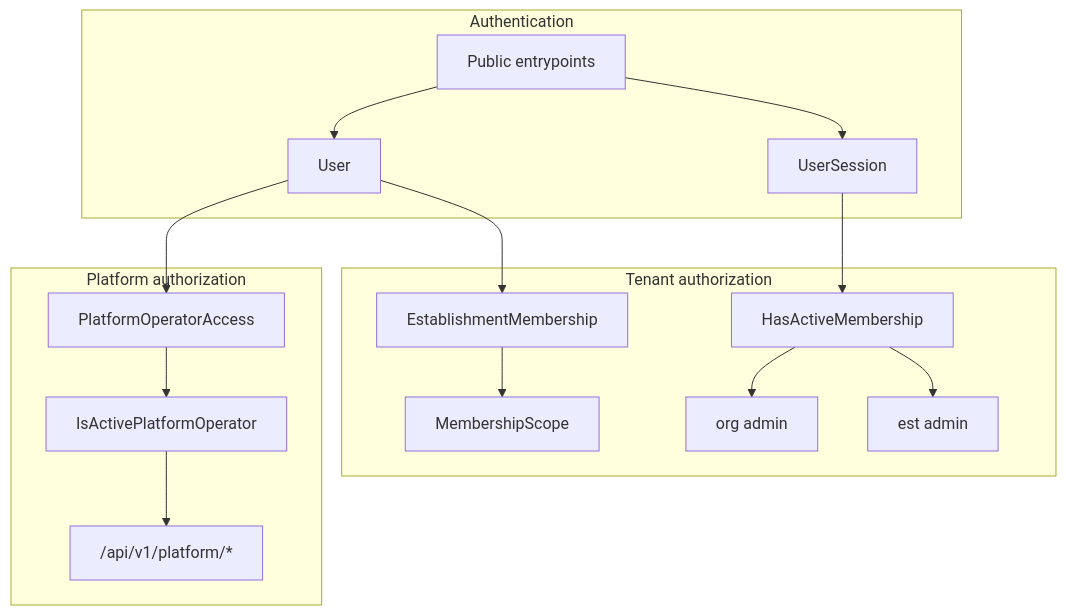
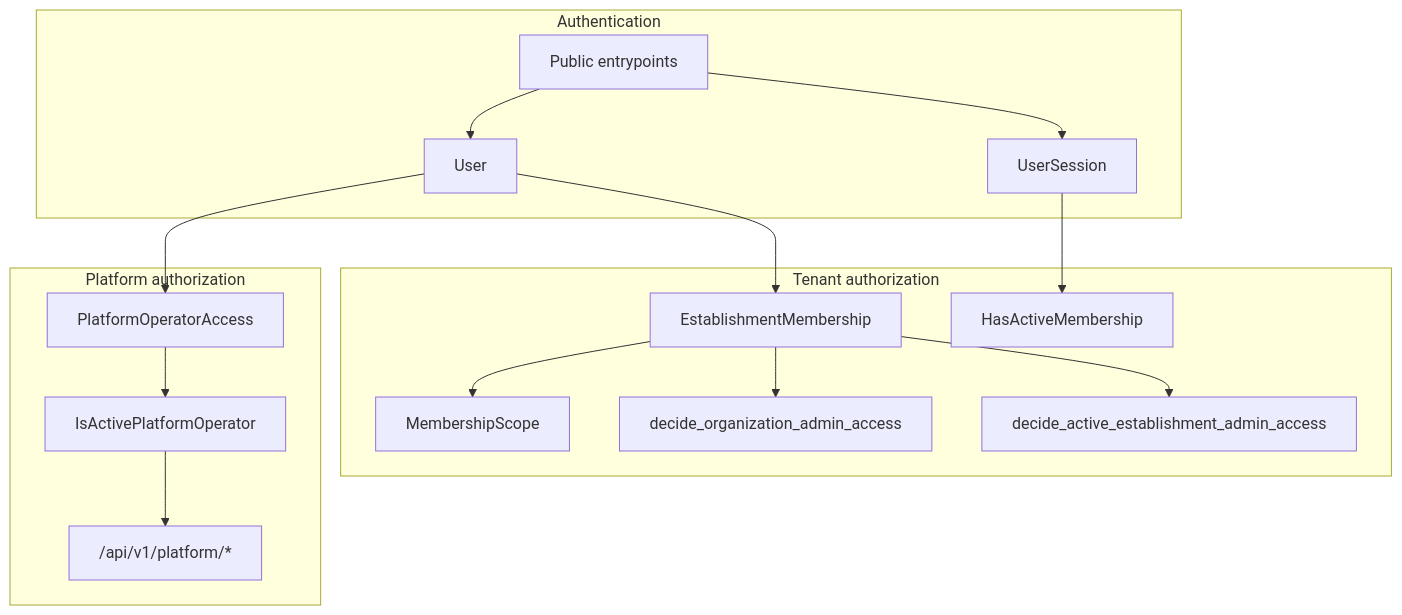
Before and after one commit to lpbsn/houston_project: the diagram in docs/product/domains/identity_membership_domain.md, drawn with Mermaid. The commit also changed other lines of this file and 2 other files, not shown here.

Commit message:
Clarifier session-scoped vs path-scoped tenant access

````diff
--- a/docs/product/domains/identity_membership_domain.md
+++ b/docs/product/domains/identity_membership_domain.md
@@ -13,30 +13,30 @@
 ```mermaid
 flowchart TB
   subgraph authn [Authentication]
     PublicEP[Public entrypoints]
     User[User]
     UserSession[UserSession]
   end
   subgraph tenantCtx [Tenant authorization]
     Membership[EstablishmentMembership]
     Scope[MembershipScope]
     HasMem[HasActiveMembership]
-    OrgAdmin[org admin]
-    EstAdmin[est admin]
+    OrgAdmin[decide_organization_admin_access]
+    EstAdmin[decide_active_establishment_admin_access]
   end
   subgraph platformCtx [Platform authorization]
     Grant[PlatformOperatorAccess]
     IsOp[IsActivePlatformOperator]
     PlatAPI["/api/v1/platform/*"]
   end
   PublicEP --> User
   PublicEP --> UserSession
   User --> Membership
   User --> Grant
   Membership --> Scope
   UserSession --> HasMem
-  HasMem --> OrgAdmin
-  HasMem --> EstAdmin
+  Membership --> OrgAdmin
+  Membership --> EstAdmin
   Grant --> IsOp
   IsOp --> PlatAPI
 ```
````
